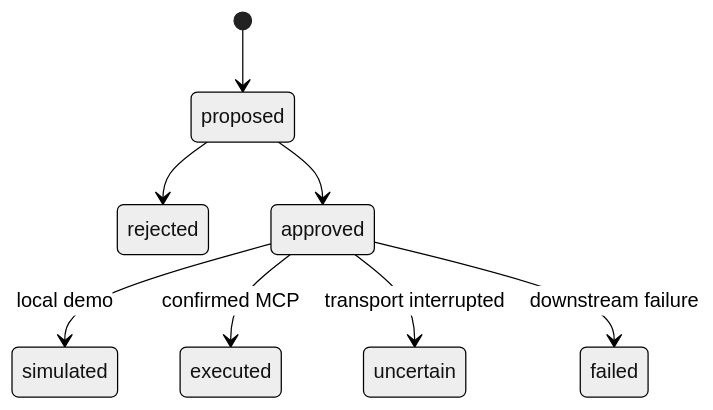
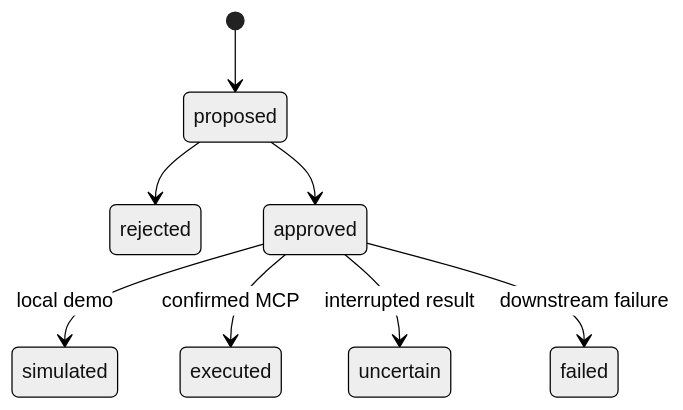
The fourth of 4 diagrams in README.md (jiaweine/EcomEvo-Harness), drawn with Mermaid (neutral theme) before and after one commit. The commit also changed other lines of this file and 14 other files, not shown here.

````diff
--- a/README.md
+++ b/README.md
@@ -172,10 +276,10 @@
 ```mermaid
 stateDiagram-v2
     [*] --> proposed
     proposed --> rejected
     proposed --> approved
     approved --> simulated: local demo
     approved --> executed: confirmed MCP
-    approved --> uncertain: transport interrupted
+    approved --> uncertain: interrupted result
     approved --> failed: downstream failure
 ```
````
